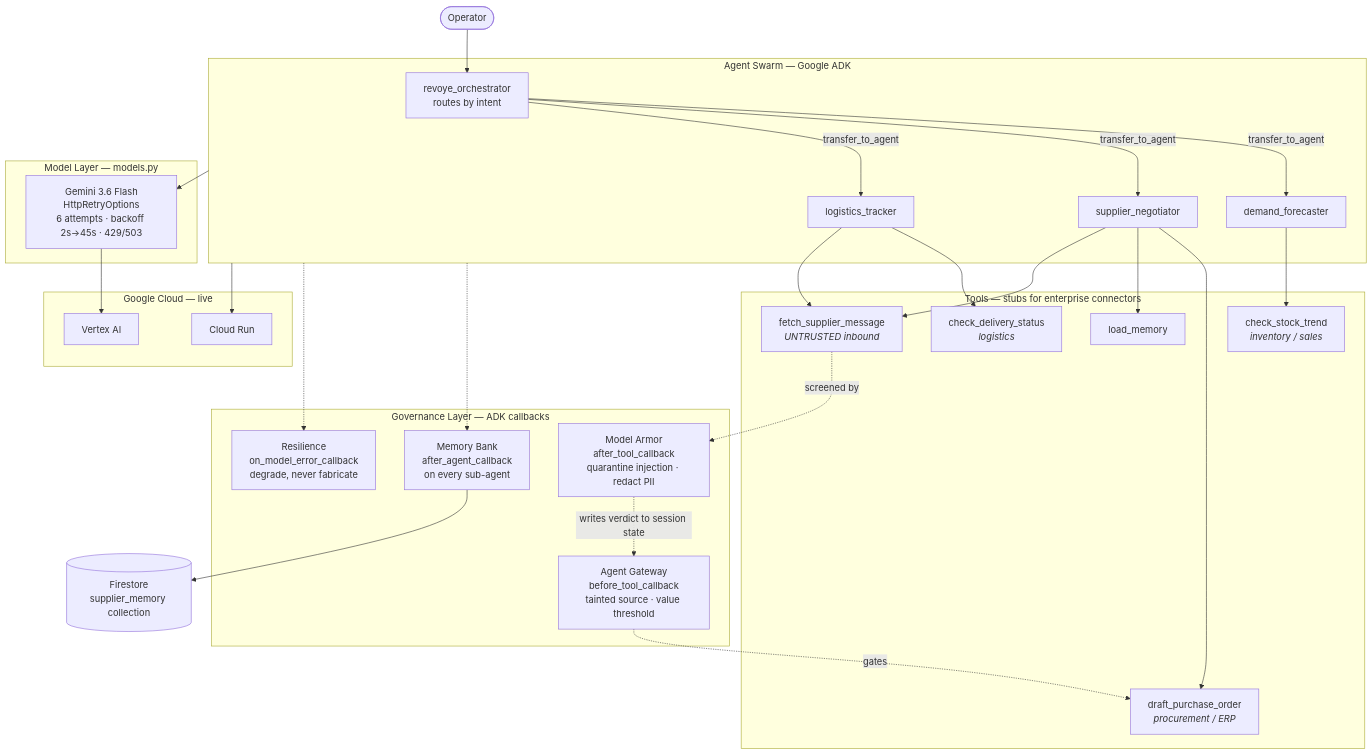
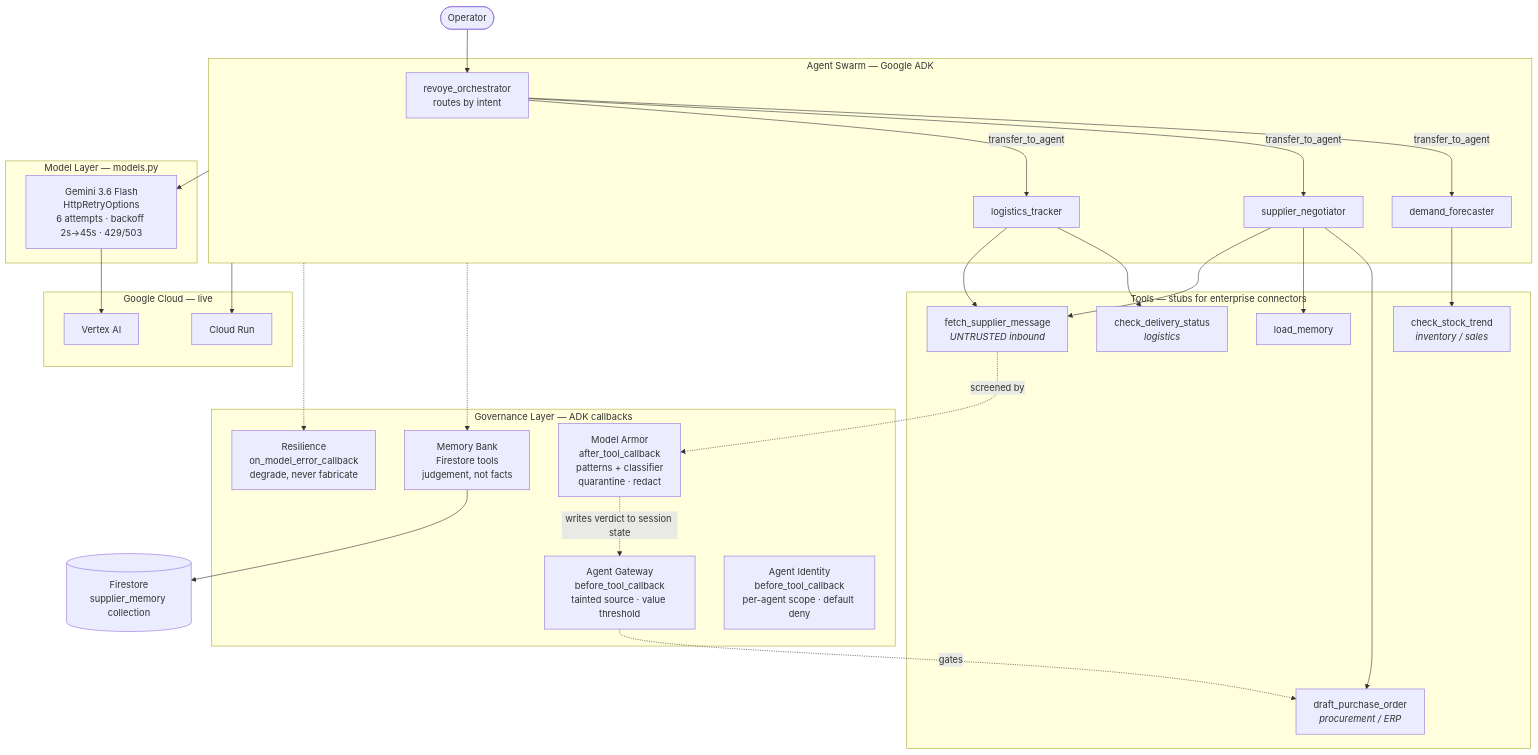
Before and after one commit to Kingnanaweb3/revoye: the diagram in ARCHITECTURE.md, drawn with Mermaid. The commit also changed other lines of this file, not shown here.

Commit message:
Update architecture diagram for two-pass screening and Agent Identity

````diff
--- a/ARCHITECTURE.md
+++ b/ARCHITECTURE.md
@@ -3,55 +3,56 @@
 ```mermaid
 flowchart TB
     User([Operator]) --> ORCH
 
     subgraph SWARM["Agent Swarm — Google ADK"]
         ORCH["revoye_orchestrator<br/>routes by intent"]
         ORCH -->|transfer_to_agent| FC["demand_forecaster"]
         ORCH -->|transfer_to_agent| NG["supplier_negotiator"]
         ORCH -->|transfer_to_agent| TR["logistics_tracker"]
     end
 
     subgraph TOOLS["Tools — stubs for enterprise connectors"]
         T1["check_stock_trend<br/><i>inventory / sales</i>"]
         T2["draft_purchase_order<br/><i>procurement / ERP</i>"]
         T3["check_delivery_status<br/><i>logistics</i>"]
         T4["fetch_supplier_message<br/><i>UNTRUSTED inbound</i>"]
         T5["load_memory"]
     end
 
     FC --> T1
     NG --> T2
     NG --> T5
     NG --> T4
     TR --> T3
     TR --> T4
 
     subgraph GOV["Governance Layer — ADK callbacks"]
-        ARMOR["Model Armor<br/>after_tool_callback<br/>quarantine injection · redact PII"]
+        ARMOR["Model Armor<br/>after_tool_callback<br/>patterns + classifier<br/>quarantine · redact"]
         GATE["Agent Gateway<br/>before_tool_callback<br/>tainted source · value threshold"]
-        MEM["Memory Bank<br/>after_agent_callback<br/>on every sub-agent"]
+        IDENT["Agent Identity<br/>before_tool_callback<br/>per-agent scope · default deny"]
+        MEM["Memory Bank<br/>Firestore tools<br/>judgement, not facts"]
         RES["Resilience<br/>on_model_error_callback<br/>degrade, never fabricate"]
     end
 
     T4 -.screened by.-> ARMOR
     ARMOR -.writes verdict to session state.-> GATE
     GATE -.gates.-> T2
     SWARM -.-> MEM
     SWARM -.-> RES
 
     subgraph MODEL["Model Layer — models.py"]
         GEM["Gemini 3.6 Flash<br/>HttpRetryOptions<br/>6 attempts · backoff 2s→45s · 429/503"]
     end
 
     SWARM --> GEM
     MEM --> MBS[("Firestore<br/>supplier_memory collection")]
 
     subgraph GCP["Google Cloud — live"]
         CR["Cloud Run"]
         VX["Vertex AI"]
     end
 
     GEM --> VX
     SWARM --> CR
 
 ```
````
